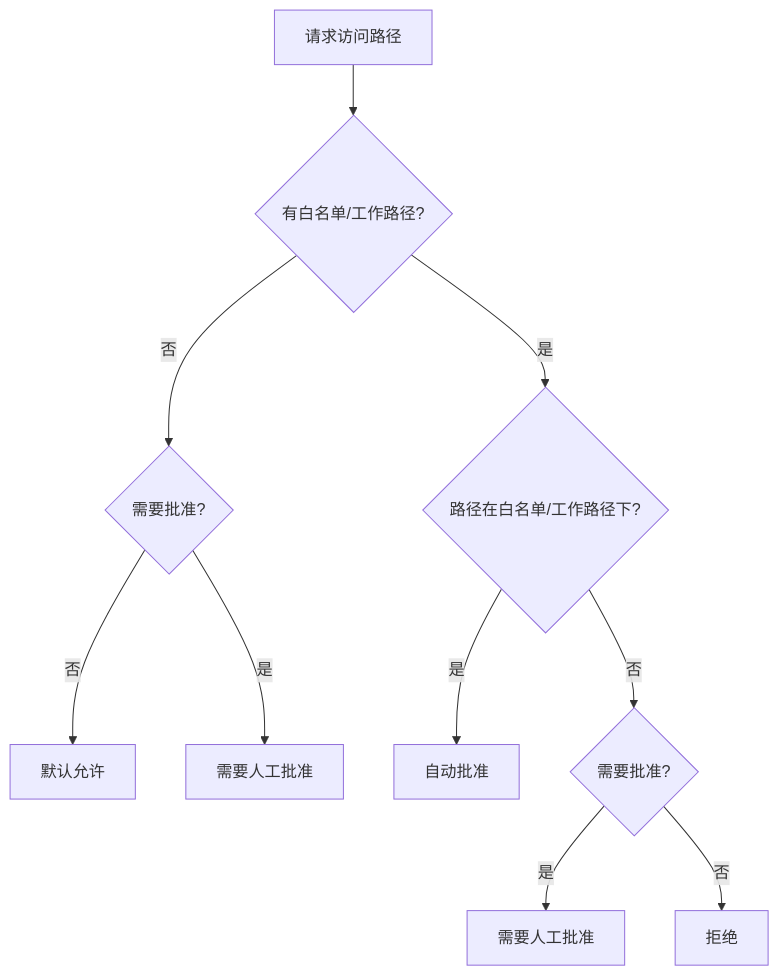
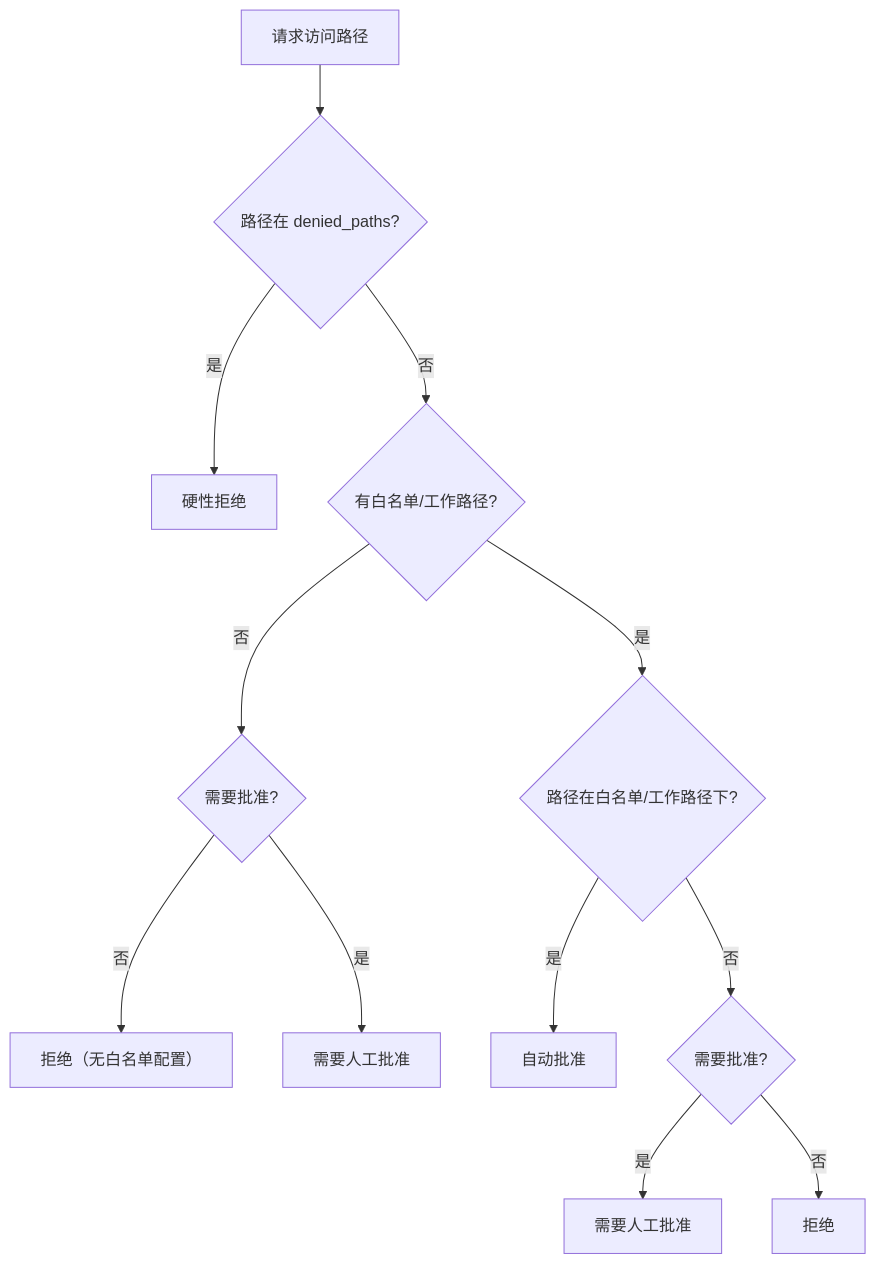
Before and after one commit to ghrah/ghrah-monorepo: the diagram in ghrah-core/docs/builtin-abilities.md, drawn with Mermaid. The commit also changed other lines of this file and 166 other files, not shown here.

````diff
--- a/ghrah-core/docs/builtin-abilities.md
+++ b/ghrah-core/docs/builtin-abilities.md
@@ -512,12 +512,14 @@
 ```mermaid
 flowchart TD
-    A[请求访问路径] --> B{有白名单/工作路径?}
+    A[请求访问路径] --> D{路径在 denied_paths?}
+    D -->|是| K[硬性拒绝]
+    D -->|否| B{有白名单/工作路径?}
     B -->|否| C{需要批准?}
-    C -->|否| D[默认允许]
+    C -->|否| J[拒绝（无白名单配置）]
     C -->|是| E[需要人工批准]
     B -->|是| F{路径在白名单/工作路径下?}
     F -->|是| G[自动批准]
     F -->|否| H{需要批准?}
     H -->|是| I[需要人工批准]
-    H -->|否| J[拒绝]
+    H -->|否| J2[拒绝]
 ```
````
